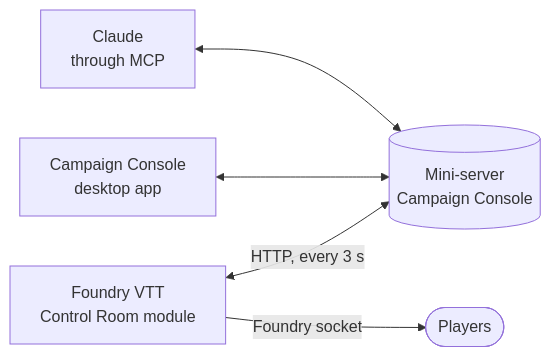
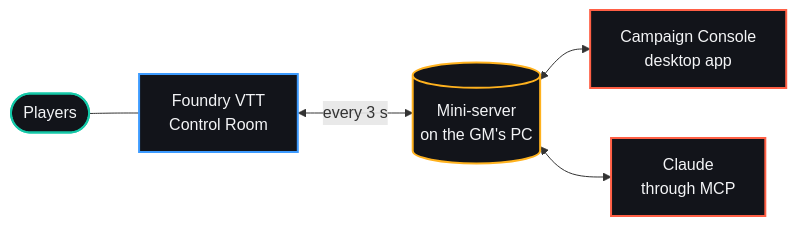
One commit to Nave20/foundry-wod-control-room changed the diagram in README.md. Above: the diagram before and after it, drawn with Mermaid.

Commit message:
docs: schéma du README aux couleurs de la bannière

````diff
--- a/README.md
+++ b/README.md
@@ -45,12 +45,16 @@
 ```mermaid
 flowchart LR
-    S[("Mini-server<br/>Campaign Console")]
-    F["Foundry VTT<br/>Control Room module"]
-    A["Campaign Console<br/>desktop app"]
-    C["Claude<br/>through MCP"]
-    P(["Players"])
-    F <-- "HTTP, every 3 s" --> S
-    A <--> S
-    C <--> S
-    F -- "Foundry socket" --> P
+    P(["Players"]) --- F["Foundry VTT<br/>Control Room"]
+    F <-->|every 3 s| S[("Mini-server<br/>on the GM's PC")]
+    S <--> A["Campaign Console<br/>desktop app"]
+    S <--> C["Claude<br/>through MCP"]
+    classDef sky fill:#12141a,stroke:#3d9bff,color:#f3f4f6,stroke-width:2px
+    classDef amber fill:#12141a,stroke:#ffb21e,color:#f3f4f6,stroke-width:2px
+    classDef coral fill:#12141a,stroke:#ff5f45,color:#f3f4f6,stroke-width:2px
+    classDef teal fill:#12141a,stroke:#14c8a8,color:#f3f4f6,stroke-width:2px
+    class F sky
+    class S amber
+    class A coral
+    class C coral
+    class P teal
 ```
````
